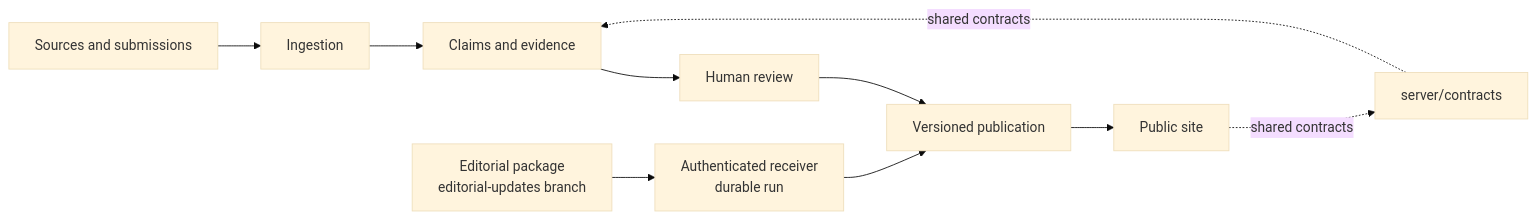
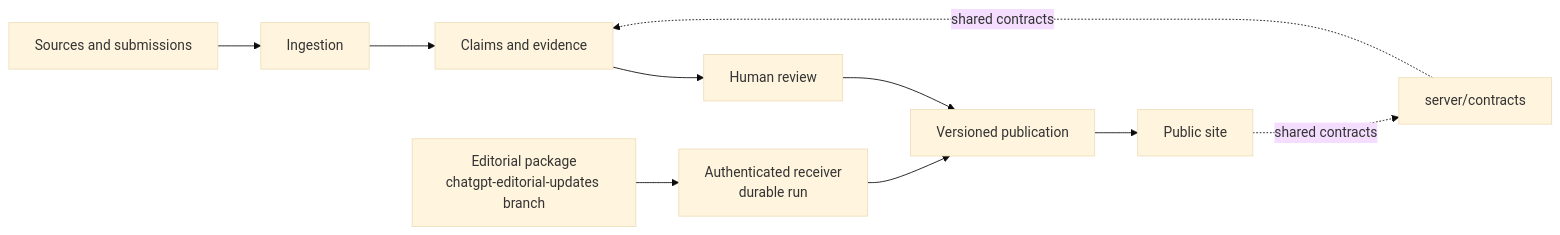
The diagram in README.md (lions-admin/lions-of-zion), drawn with Mermaid (base theme) before and after one commit. The commit also changed other lines of this file and 37 other files, not shown here.

````diff
--- a/README.md
+++ b/README.md
@@ -47,13 +47,13 @@
 ```mermaid
 flowchart LR
     Sources[Sources and submissions] --> Ingest[Ingestion]
     Ingest --> Evidence[Claims and evidence]
     Evidence --> Review[Human review]
     Review --> Publish[Versioned publication]
-    Package[Editorial package<br/>editorial-updates branch] --> Receiver[Authenticated receiver<br/>durable run]
+    Package[Editorial package<br/>chatgpt-editorial-updates branch] --> Receiver[Authenticated receiver<br/>durable run]
     Receiver --> Publish
     Publish --> Site[Public site]
 
     Site -. shared contracts .-> Contracts[server/contracts]
     Contracts -. shared contracts .-> Evidence
 ```
````
